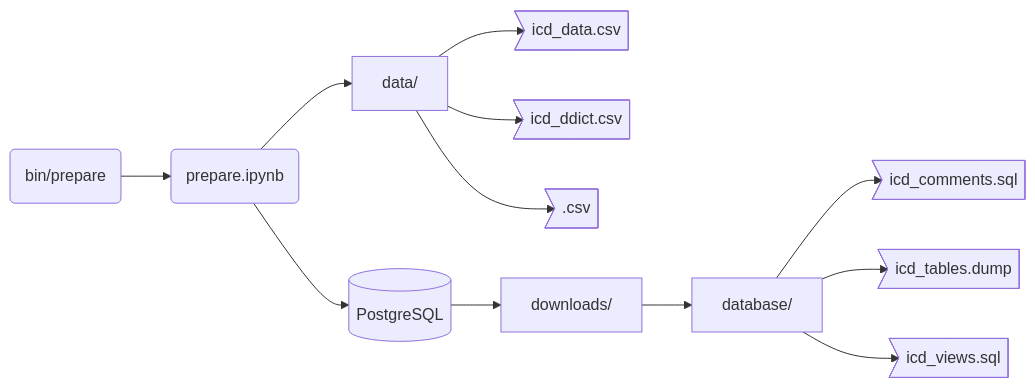
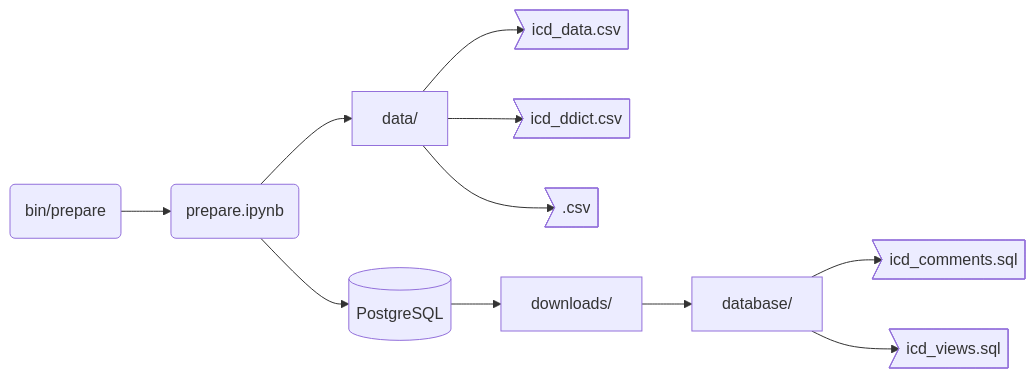
One commit to cghr-toronto/icd changed the second of 2 diagrams in DEVELOPER.md. Above: the diagram before and after it, drawn with Mermaid.

Commit message:
Update dev notes

````diff
--- a/DEVELOPER.md
+++ b/DEVELOPER.md
@@ -68,7 +68,7 @@
 ```mermaid
 flowchart LR;
 A(bin/prepare) --> B(prepare.ipynb);
 B --> data/ --> B1>icd_data.csv] & B2>icd_ddict.csv] & B3>.csv];
 B --> E[(PostgreSQL)] --> downloads/ --> database/;
-database/ --> D1>icd_comments.sql] & D2>icd_tables.dump] & D3>icd_views.sql];
+database/ --> D1>icd_comments.sql] & D2>icd_views.sql];
 ```
````
